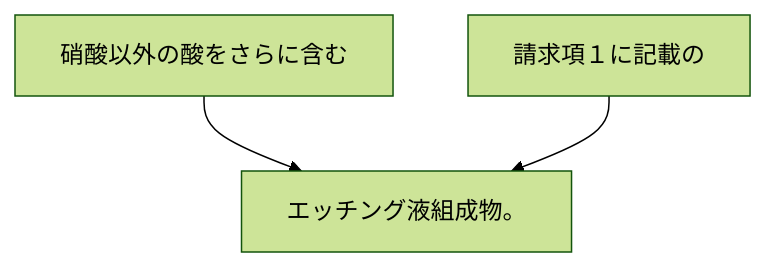
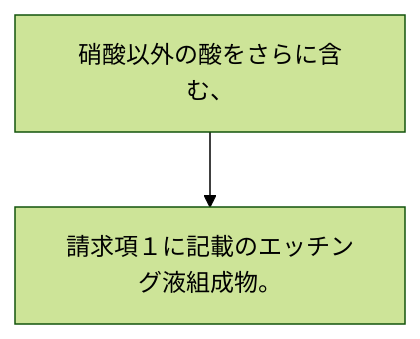
Before and after one commit to shinmori55/patent_analyzed: the diagram in 2024/JP2024002670A/claim_2/README.md, drawn with Mermaid (forest theme). The commit also changed 31 other files, not shown here.

````diff
--- a/2024/JP2024002670A/claim_2/README.md
+++ b/2024/JP2024002670A/claim_2/README.md
@@ -2,8 +2,6 @@
 ```mermaid
 flowchart TD
-A[硝酸以外の酸をさらに含む]
-B[請求項１に記載の]
-C[エッチング液組成物。]
-A --> C
-B --> C
+A[硝酸以外の酸をさらに含む、]
+B[請求項１に記載のエッチング液組成物。]
+A --> B
 ```
````
